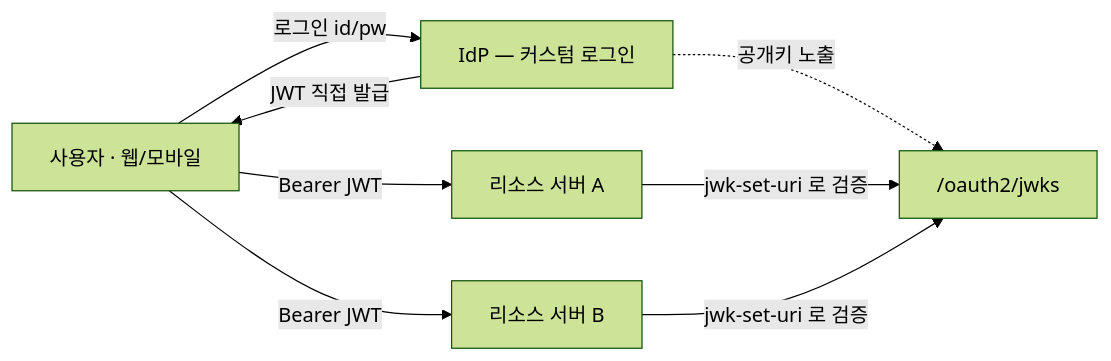
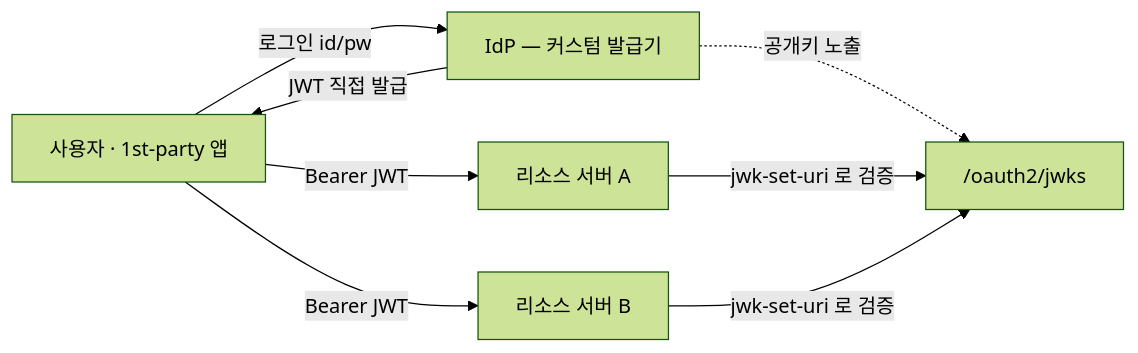
One commit to hi4579675/hi4579675.github.io changed the second of 2 diagrams in src/content/docs/blog/spring-authorization-server-idp.md. Above: the diagram before and after it, drawn with Mermaid (forest theme). The commit also changed other lines of this file, not shown here.

````diff
--- a/src/content/docs/blog/spring-authorization-server-idp.md
+++ b/src/content/docs/blog/spring-authorization-server-idp.md
@@ -147,10 +181,10 @@
 ```mermaid
 flowchart LR
-  U["사용자 · 웹/모바일"] -->|로그인 id/pw| IdP["IdP — 커스텀 로그인"]
+  U["사용자 · 1st-party 앱"] -->|로그인 id/pw| IdP["IdP — 커스텀 발급기"]
   IdP -->|JWT 직접 발급| U
   IdP -. 공개키 노출 .-> JWKS["/oauth2/jwks"]
   U -->|Bearer JWT| RS1["리소스 서버 A"]
   U -->|Bearer JWT| RS2["리소스 서버 B"]
   RS1 -->|jwk-set-uri 로 검증| JWKS
   RS2 -->|jwk-set-uri 로 검증| JWKS
 ```
````
